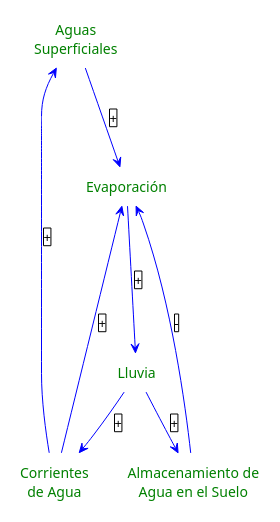
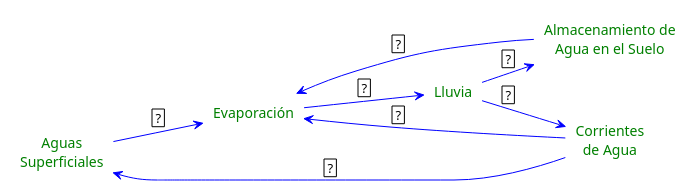
One commit to egrpy/egr-zettel-lectures changed the first of 2 diagrams in src/site/notes/050 Base de Conocimientos/200  Mi Zettelkasten/100 Docencia/Org1/2025/Clase 04/Zk Diagrama de Bucle Causal (Ejemplo del Ciclo de Vida del Agua) con una Nueva Variable.md. Above: the diagram before and after it, drawn with PlantUML. The commit also changed other lines of this file and 8 other files, not shown here.

````diff
--- a/src/site/notes/050 Base de Conocimientos/200  Mi Zettelkasten/100 Docencia/Org1/2025/Clase 04/Zk Diagrama de Bucle Causal (Ejemplo del Ciclo de Vida del Agua) con una Nueva Variable.md
+++ b/src/site/notes/050 Base de Conocimientos/200  Mi Zettelkasten/100 Docencia/Org1/2025/Clase 04/Zk Diagrama de Bucle Causal (Ejemplo del Ciclo de Vida del Agua) con una Nueva Variable.md
@@ -19,27 +28,28 @@
 ```plantuml
 @startuml
 !pragma layout smetana
 skinparam Rectangle {
     BackgroundColor White
     BorderColor White
     FontColor green
 }
 
+left to right direction
 skinparam defaultTextAlignment center
 skinparam ArrowColor blue
 
 rectangle "Aguas\nSuperficiales" as AS
 rectangle "Evaporación" as EV
 rectangle "Lluvia" as LL
 rectangle "Corrientes\nde Agua" as CA
 rectangle "Almacenamiento de\nAgua en el Suelo" as AA
 
-AS ---> EV : |+|
-CA ---> EV : |+|
-EV ---> LL : |+|
-LL --> CA  : |+|
-CA --> AS  : |+|
-AA --> EV  : |-|
-LL --> AA  : |+|
+AS ---> EV : | ? |
+CA ---> EV : | ? |
+EV ---> LL : | ? |
+LL --> CA  : | ? |
+CA --> AS  : | ? |
+AA --> EV  : | ? |
+LL --> AA  : | ? |
 @enduml
 ```
````
